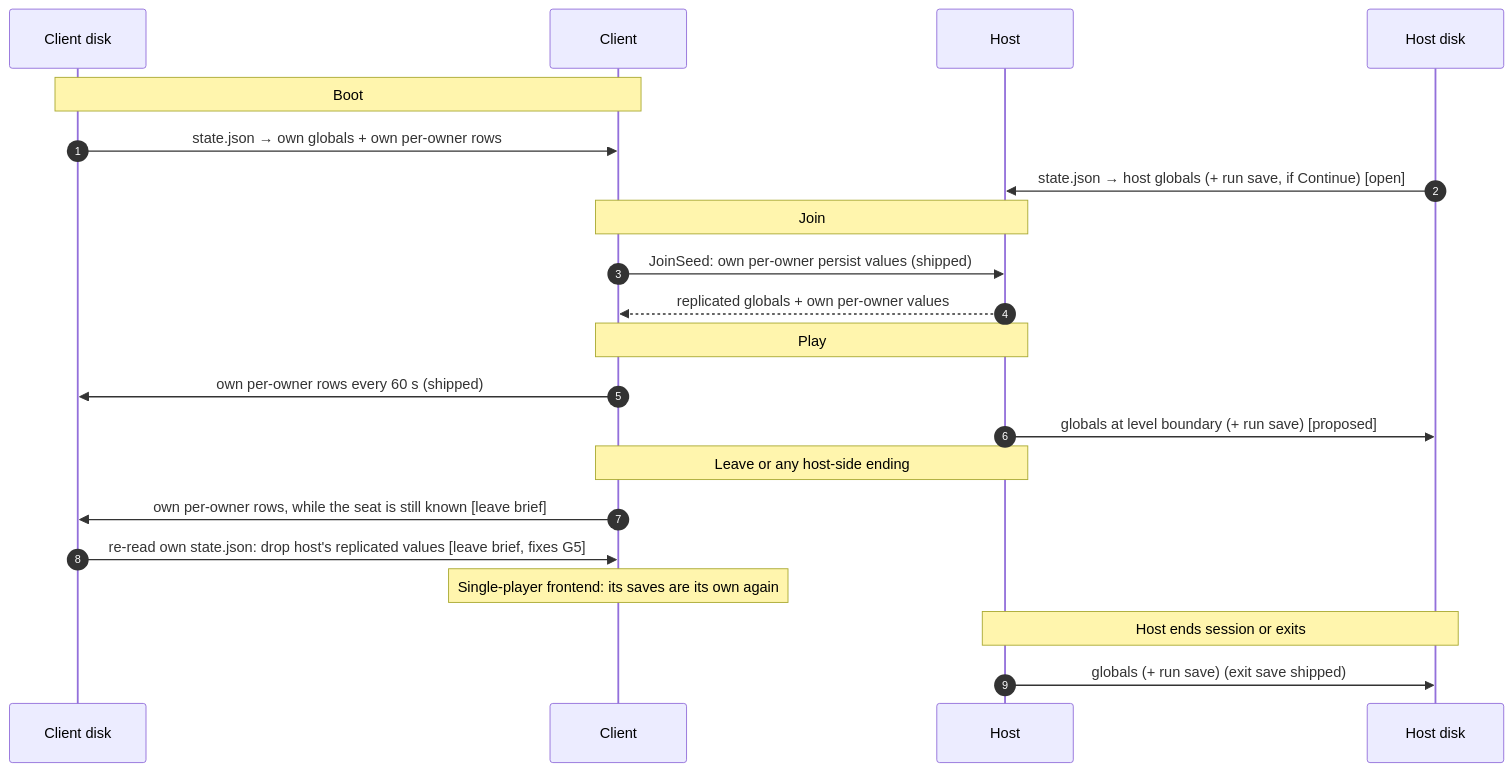
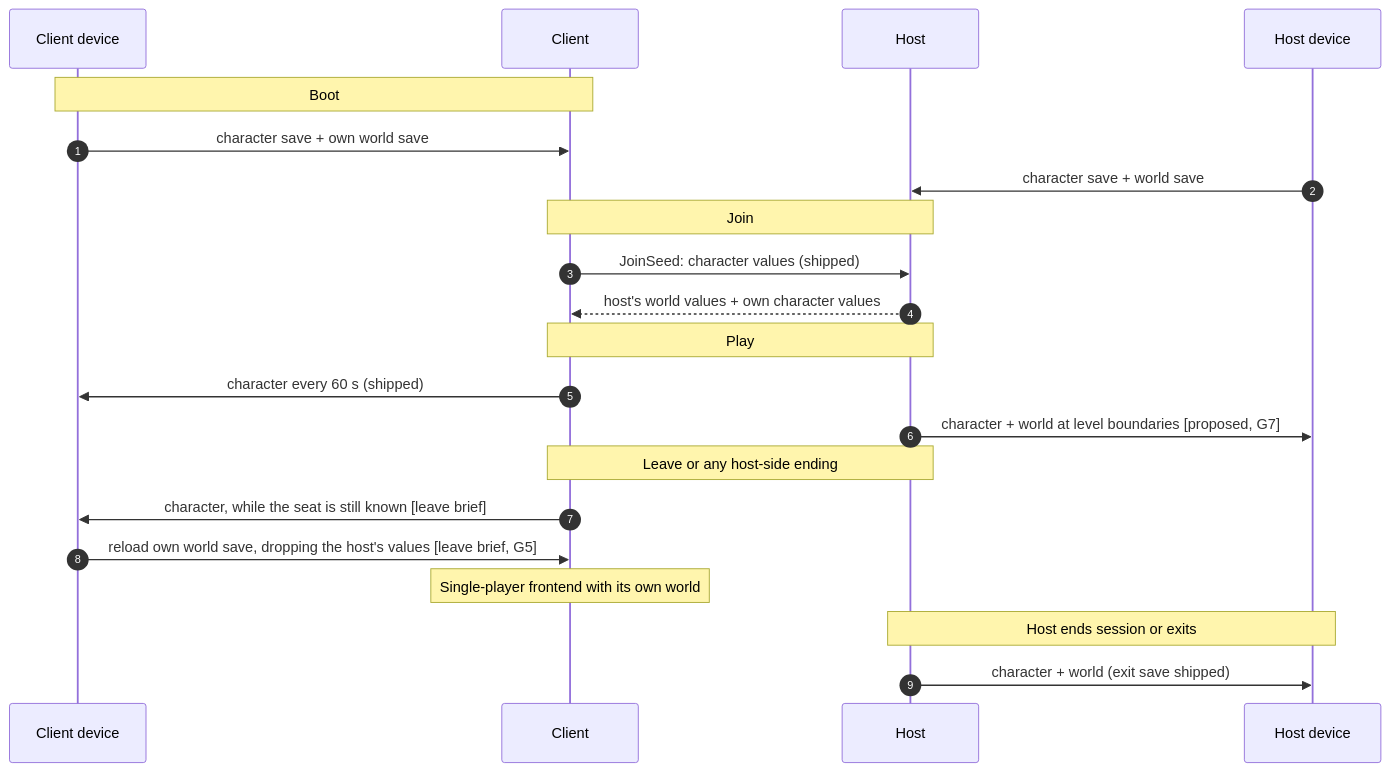
One commit to majtom2grndctrl/postretro changed the sixth of 6 diagrams in context/research/coop-session-lifecycle.md. Above: the diagram before and after it, drawn with Mermaid. The commit also changed other lines of this file, not shown here.

First line of the commit message:
Research: split character and world saves; evict and session verbs

````diff
--- a/context/research/coop-session-lifecycle.md
+++ b/context/research/coop-session-lifecycle.md
@@ -159,23 +189,23 @@
 ```mermaid
 sequenceDiagram
     autonumber
-    participant CD as Client disk
+    participant CD as Client device
     participant C as Client
     participant H as Host
-    participant HD as Host disk
+    participant HD as Host device
     Note over C,CD: Boot
-    CD->>C: state.json → own globals + own per-owner rows
-    HD->>H: state.json → host globals (+ run save, if Continue) [open]
+    CD->>C: character save + own world save
+    HD->>H: character save + world save
     Note over C,H: Join
-    C->>H: JoinSeed: own per-owner persist values (shipped)
-    H-->>C: replicated globals + own per-owner values
+    C->>H: JoinSeed: character values (shipped)
+    H-->>C: host's world values + own character values
     Note over C,H: Play
-    C->>CD: own per-owner rows every 60 s (shipped)
-    H->>HD: globals at level boundary (+ run save) [proposed]
+    C->>CD: character every 60 s (shipped)
+    H->>HD: character + world at level boundaries [proposed, G7]
     Note over C,H: Leave or any host-side ending
-    C->>CD: own per-owner rows, while the seat is still known [leave brief]
-    CD->>C: re-read own state.json: drop host's replicated values [leave brief, fixes G5]
-    Note over C: Single-player frontend: its saves are its own again
+    C->>CD: character, while the seat is still known [leave brief]
+    CD->>C: reload own world save, dropping the host's values [leave brief, G5]
+    Note over C: Single-player frontend with its own world
     Note over H,HD: Host ends session or exits
-    H->>HD: globals (+ run save) (exit save shipped)
+    H->>HD: character + world (exit save shipped)
 ```
````
